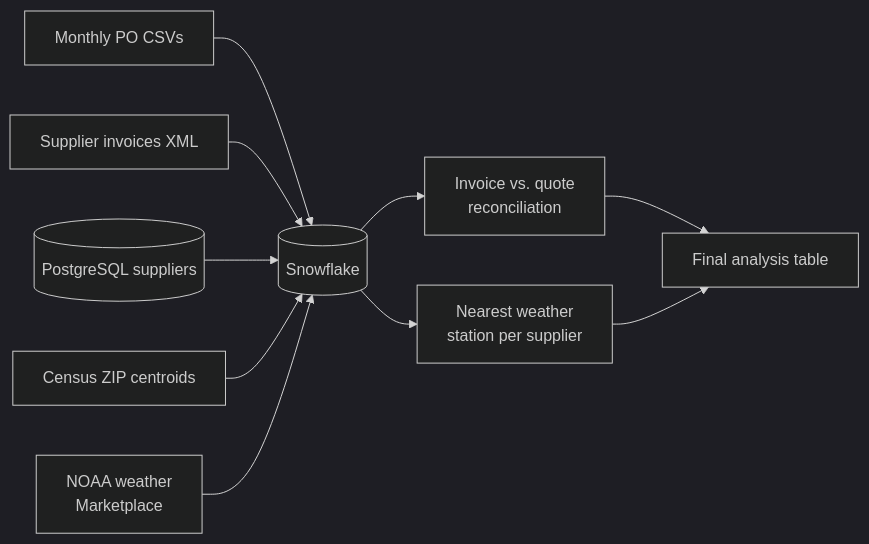
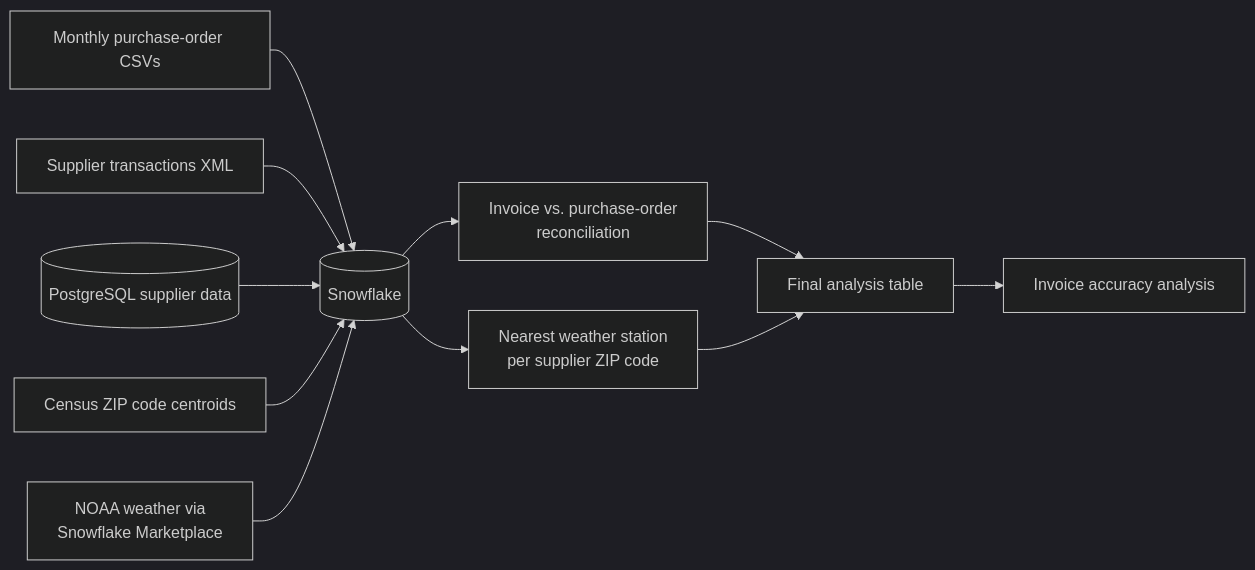
Before and after one commit to rishabh10107/snowflake-etl-pipeline: the diagram in README.md, drawn with Mermaid (dark theme). The commit also changed other lines of this file, not shown here.

````diff
--- a/README.md
+++ b/README.md
@@ -24,12 +24,13 @@
 ```mermaid
 flowchart LR
-    A[Monthly PO CSVs] --> S[(Snowflake)]
-    B[Supplier invoices XML] --> S
-    C[(PostgreSQL suppliers)] --> S
-    D[Census ZIP centroids] --> S
-    E[NOAA weather<br/>Marketplace] --> S
-    S --> F[Invoice vs. quote<br/>reconciliation]
-    S --> G[Nearest weather<br/>station per supplier]
+    A[Monthly purchase-order CSVs] --> S[(Snowflake)]
+    B[Supplier transactions XML] --> S
+    C[(PostgreSQL supplier data)] --> S
+    D[Census ZIP code centroids] --> S
+    E[NOAA weather via<br/>Snowflake Marketplace] --> S
+    S --> F[Invoice vs. purchase-order<br/>reconciliation]
+    S --> G[Nearest weather station<br/>per supplier ZIP code]
     F --> H[Final analysis table]
     G --> H
+    H --> I[Invoice accuracy analysis]
 ```
````
